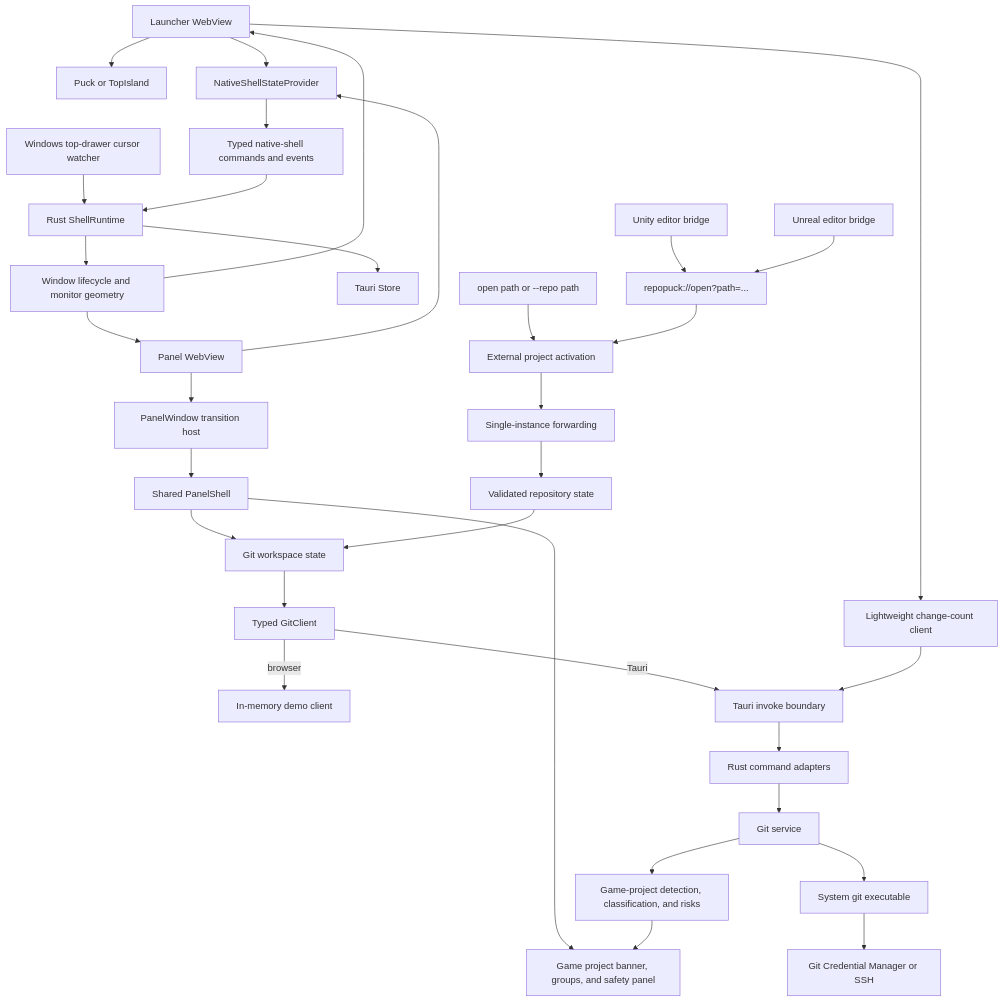
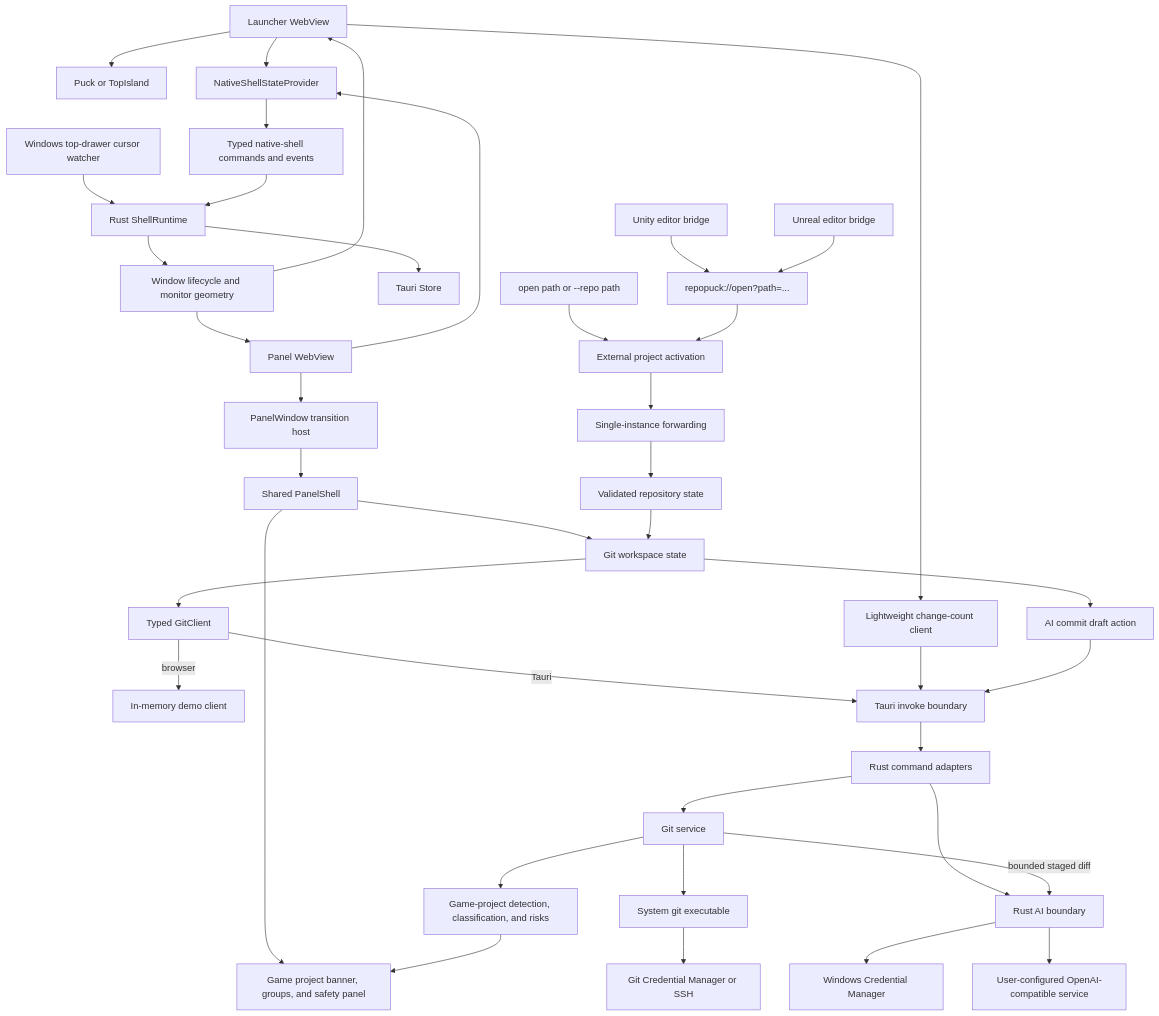
One commit to YYchainsAw/RepoPuck changed the first of 3 diagrams in docs/architecture.md. Above: the diagram before and after it, drawn with Mermaid. The commit also changed other lines of this file and 2 other files, not shown here.

````diff
--- a/docs/architecture.md
+++ b/docs/architecture.md
@@ -15,39 +15,46 @@
 ```mermaid
 flowchart TD
     Launcher["Launcher WebView"] --> Puck["Puck or TopIsland"]
     PanelView["Panel WebView"] --> PanelWindow["PanelWindow transition host"]
     PanelWindow --> PanelShell["Shared PanelShell"]
     PanelShell --> Workspace["Git workspace state"]
     PanelShell --> GameUI["Game project banner, groups, and safety panel"]
     Launcher --> CountClient["Lightweight change-count client"]
 
     Launcher --> NativeProvider["NativeShellStateProvider"]
     PanelView --> NativeProvider
     NativeProvider --> NativeCommands["Typed native-shell commands and events"]
 
     Drawer["Windows top-drawer cursor watcher"] --> Runtime["Rust ShellRuntime"]
     NativeCommands --> Runtime
     Runtime --> Windowing["Window lifecycle and monitor geometry"]
     Runtime --> Store["Tauri Store"]
     Windowing --> Launcher
     Windowing --> PanelView
 
     Unity["Unity editor bridge"] --> Protocol["repopuck://open?path=..."]
     Unreal["Unreal editor bridge"] --> Protocol
     CLI["open path or --repo path"] --> Activation["External project activation"]
     Protocol --> Activation
     Activation --> Single["Single-instance forwarding"]
     Single --> Repository["Validated repository state"]
     Repository --> Workspace
 
     Workspace --> GitClient["Typed GitClient"]
     GitClient -->|"browser"| Demo["In-memory demo client"]
     GitClient -->|"Tauri"| Invoke["Tauri invoke boundary"]
     CountClient --> Invoke
     Invoke --> Commands["Rust command adapters"]
     Commands --> GitService["Git service"]
     GitService --> GameAnalysis["Game-project detection, classification, and risks"]
     GameAnalysis --> GameUI
     GitService --> Git["System git executable"]
     Git --> Auth["Git Credential Manager or SSH"]
+
+    Workspace --> AIClient["AI commit draft action"]
+    AIClient --> Invoke
+    Commands --> AIService["Rust AI boundary"]
+    GitService -->|"bounded staged diff"| AIService
+    AIService --> CredentialManager["Windows Credential Manager"]
+    AIService --> Provider["User-configured OpenAI-compatible service"]
 ```
````
